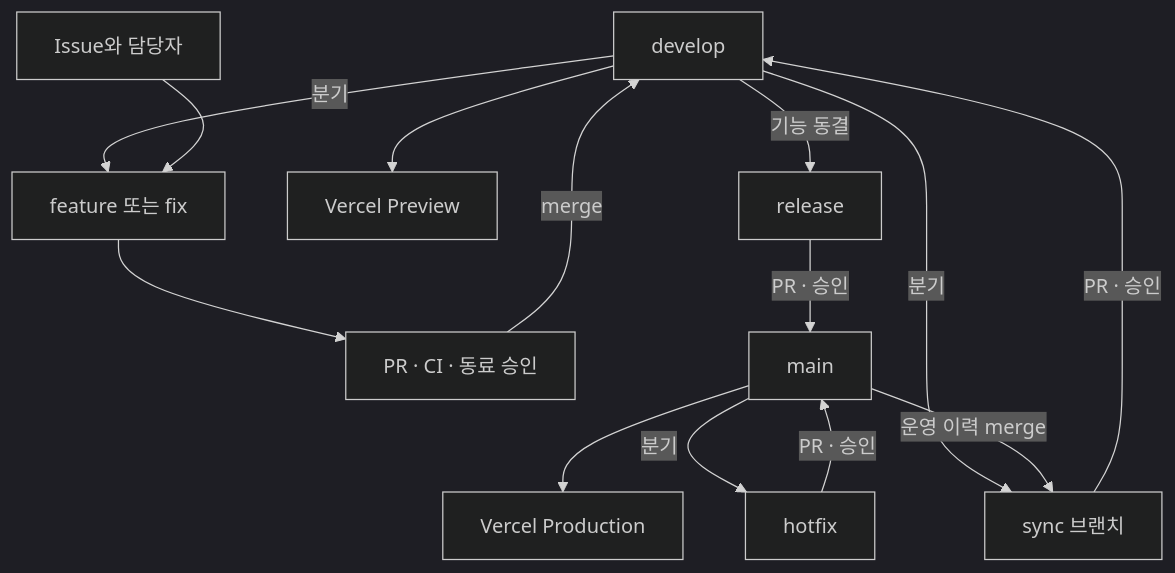
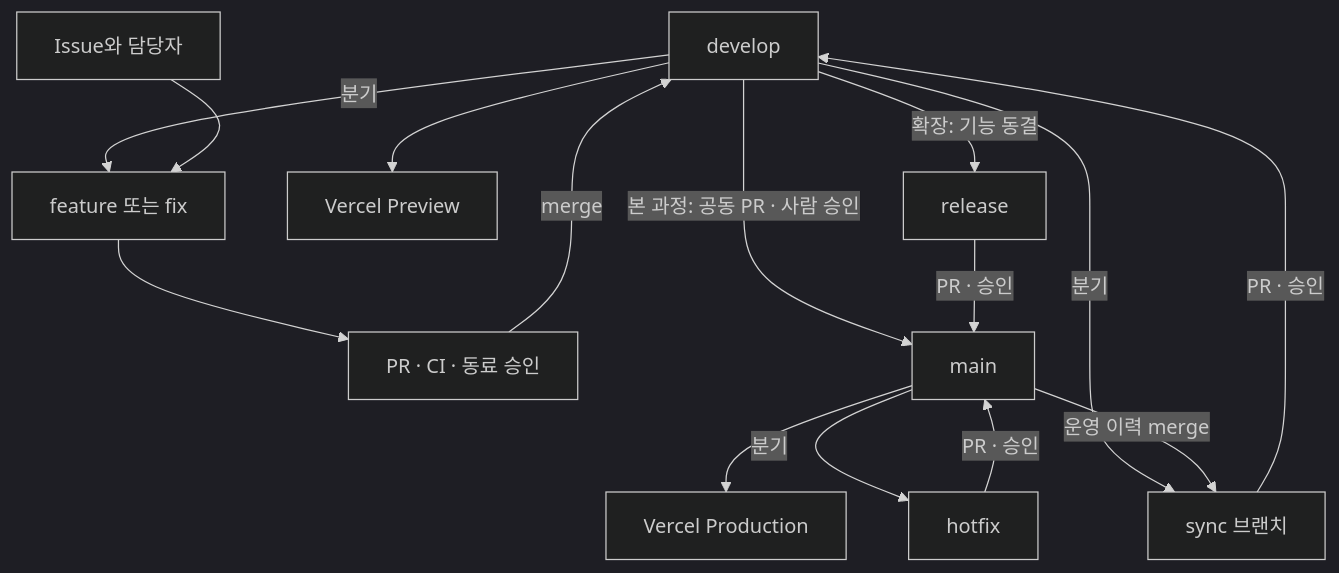
One commit to cw-P1783/teamChat changed the diagram in git-github-workshop-plan.md. Above: the diagram before and after it, drawn with Mermaid (dark theme). The commit also changed other lines of this file and 5 other files, not shown here.

Commit message:
docs: finalize the live chat workshop release flow

````diff
--- a/git-github-workshop-plan.md
+++ b/git-github-workshop-plan.md
@@ -155,16 +156,17 @@
 ```mermaid
 flowchart TD
     D["develop"] -->|분기| F["feature 또는 fix"]
     I["Issue와 담당자"] --> F
     F --> R["PR · CI · 동료 승인"]
     R -->|merge| D
     D --> V["Vercel Preview"]
-    D -->|기능 동결| L["release"]
-    L -->|PR · 승인| M["main"]
+    D -->|본 과정: 공동 PR · 사람 승인| M["main"]
+    D -->|확장: 기능 동결| L["release"]
+    L -->|PR · 승인| M
     M --> P["Vercel Production"]
     M -->|분기| H["hotfix"]
     H -->|PR · 승인| M
     D -->|분기| S["sync 브랜치"]
     M -->|운영 이력 merge| S
     S -->|PR · 승인| D
 ```
````
